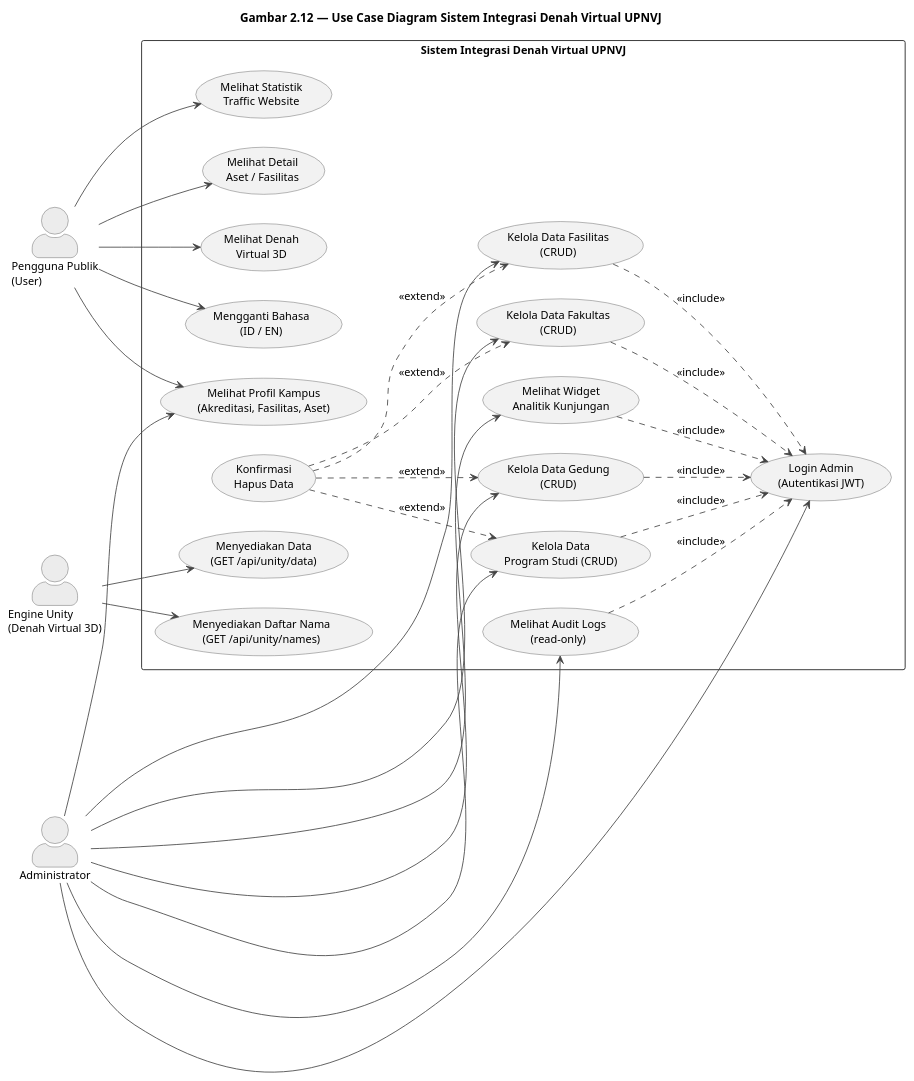
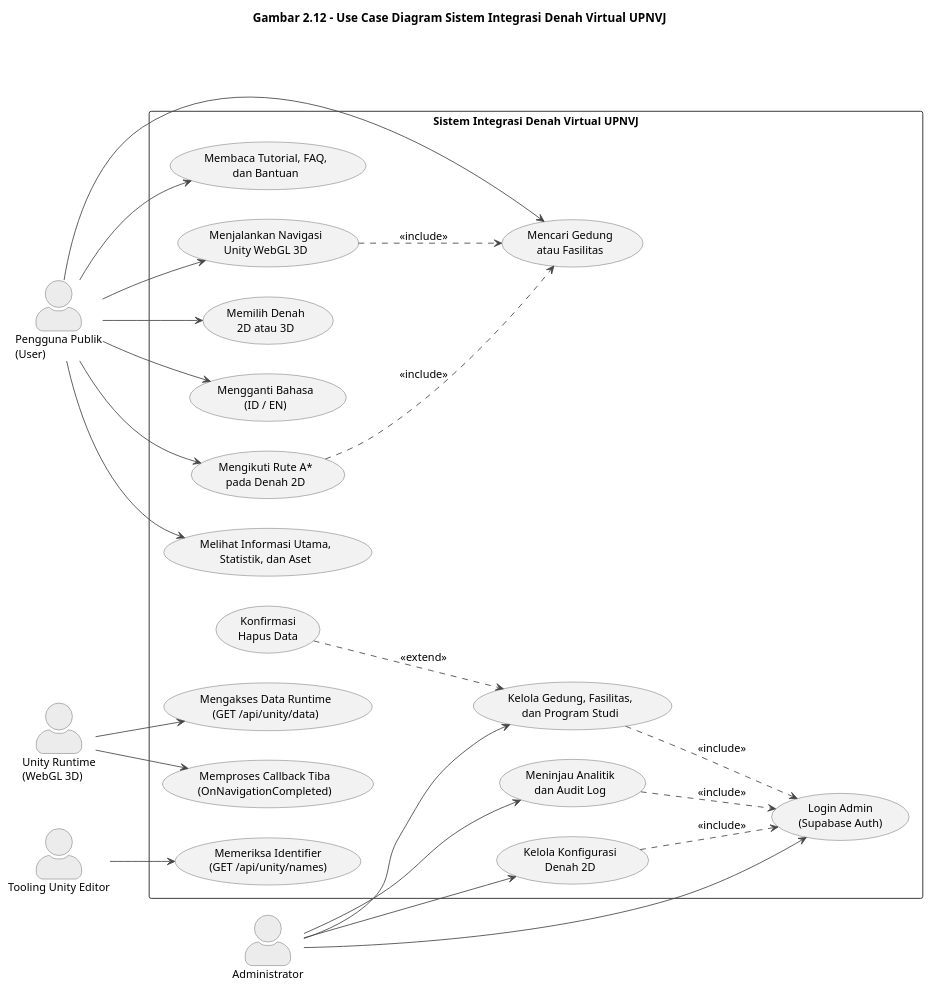
Before and after one commit to Jokskuyy/workflow-ta-proyek: the diagram in diagrams/gambar-2.12-use-case-diagram.puml, drawn with PlantUML. The commit also changed 99 other files, not shown here.

```diff
--- a/diagrams/gambar-2.12-use-case-diagram.puml
+++ b/diagrams/gambar-2.12-use-case-diagram.puml
@@ -1,88 +1,74 @@
 @startuml gambar-2-12-use-case-diagram
 ' Gambar 2.12 - Use Case Diagram
 ' Sumber: BAB II - 2.2.1 Kebutuhan Fungsional & 2.3.3 Use Case
 
 skinparam backgroundColor #FFFFFF
 skinparam shadowing false
 skinparam defaultFontName "Segoe UI"
 skinparam defaultFontSize 13
 skinparam ArrowColor #444444
 skinparam actorStyle awesome
 skinparam usecase {
   BackgroundColor #F2F2F2
   BorderColor #555555
   ArrowColor #444444
 }
 skinparam actor {
   BackgroundColor #ECECEC
   BorderColor #555555
 }
 
-title Gambar 2.12 — Use Case Diagram Sistem Integrasi Denah Virtual UPNVJ
+title Gambar 2.12 - Use Case Diagram Sistem Integrasi Denah Virtual UPNVJ
 
 left to right direction
 
 actor "Pengguna Publik\n(User)" as User
 actor "Administrator" as Admin
-actor "Engine Unity\n(Denah Virtual 3D)" as Unity
+actor "Unity Runtime\n(WebGL 3D)" as UnityRuntime
+actor "Tooling Unity Editor" as UnityEditor
 
 rectangle "Sistem Integrasi Denah Virtual UPNVJ" {
+  usecase "Melihat Informasi Utama,\nStatistik, dan Aset" as UC1
+  usecase "Mencari Gedung\natau Fasilitas" as UC2
+  usecase "Membaca Tutorial, FAQ,\ndan Bantuan" as UC3
+  usecase "Memilih Denah\n2D atau 3D" as UC4
+  usecase "Mengikuti Rute A*\npada Denah 2D" as UC5
+  usecase "Menjalankan Navigasi\nUnity WebGL 3D" as UC6
+  usecase "Mengganti Bahasa\n(ID / EN)" as UC7
 
-  ' ----- Use case Pengguna Publik (read-only) -----
-  usecase "Melihat Statistik\nTraffic Website" as UC1
-  usecase "Melihat Profil Kampus\n(Akreditasi, Fasilitas, Aset)" as UC2
-  usecase "Melihat Detail\nAset / Fasilitas" as UC3
-  usecase "Melihat Denah\nVirtual 3D" as UC4
-  usecase "Mengganti Bahasa\n(ID / EN)" as UC5
+  usecase "Login Admin\n(Supabase Auth)" as UC8
+  usecase "Kelola Gedung, Fasilitas,\ndan Program Studi" as UC9
+  usecase "Kelola Konfigurasi\nDenah 2D" as UC10
+  usecase "Meninjau Analitik\ndan Audit Log" as UC11
+  usecase "Konfirmasi\nHapus Data" as UC12
 
-  ' ----- Use case Administrator -----
-  usecase "Login Admin\n(Autentikasi JWT)" as UC6
-  usecase "Melihat Widget\nAnalitik Kunjungan" as UC7
-  usecase "Kelola Data Gedung\n(CRUD)" as UC8
-  usecase "Kelola Data Fasilitas\n(CRUD)" as UC9
-  usecase "Kelola Data Fakultas\n(CRUD)" as UC10
-  usecase "Kelola Data\nProgram Studi (CRUD)" as UC11
-  usecase "Konfirmasi\nHapus Data" as UC12
-  usecase "Melihat Audit Logs\n(read-only)" as UC13
-
-  ' ----- Use case Integrasi API (3D Engine) -----
-  usecase "Menyediakan Data\n(GET /api/unity/data)" as UC14
-  usecase "Menyediakan Daftar Nama\n(GET /api/unity/names)" as UC15
+  usecase "Mengakses Data Runtime\n(GET /api/unity/data)" as UC13
+  usecase "Memeriksa Identifier\n(GET /api/unity/names)" as UC14
+  usecase "Memproses Callback Tiba\n(OnNavigationCompleted)" as UC15
 }
 
-' Asosiasi Pengguna Publik
 User --> UC1
 User --> UC2
 User --> UC3
 User --> UC4
 User --> UC5
+User --> UC6
+User --> UC7
 
-' Asosiasi Administrator
-Admin --> UC6
-Admin --> UC7
 Admin --> UC8
 Admin --> UC9
 Admin --> UC10
 Admin --> UC11
-Admin --> UC13
 
-' Admin juga dapat mengakses fungsi publik
-Admin --> UC2
+UC5 ..> UC2 : <<include>>
+UC6 ..> UC2 : <<include>>
+UC9 ..> UC8 : <<include>>
+UC10 ..> UC8 : <<include>>
+UC11 ..> UC8 : <<include>>
+UC12 ..> UC9 : <<extend>>
 
-' Relasi include / extend
-UC7 ..> UC6 : <<include>>
-UC8 ..> UC6 : <<include>>
-UC9 ..> UC6 : <<include>>
-UC10 ..> UC6 : <<include>>
-UC11 ..> UC6 : <<include>>
-UC13 ..> UC6 : <<include>>
-UC12 ..> UC8 : <<extend>>
-UC12 ..> UC9 : <<extend>>
-UC12 ..> UC10 : <<extend>>
-UC12 ..> UC11 : <<extend>>
-
-' Asosiasi Engine Unity (sistem-ke-sistem)
-Unity --> UC14
-Unity --> UC15
+UnityRuntime --> UC13
+UnityRuntime --> UC15
+UnityEditor --> UC14
 
 @enduml
```
